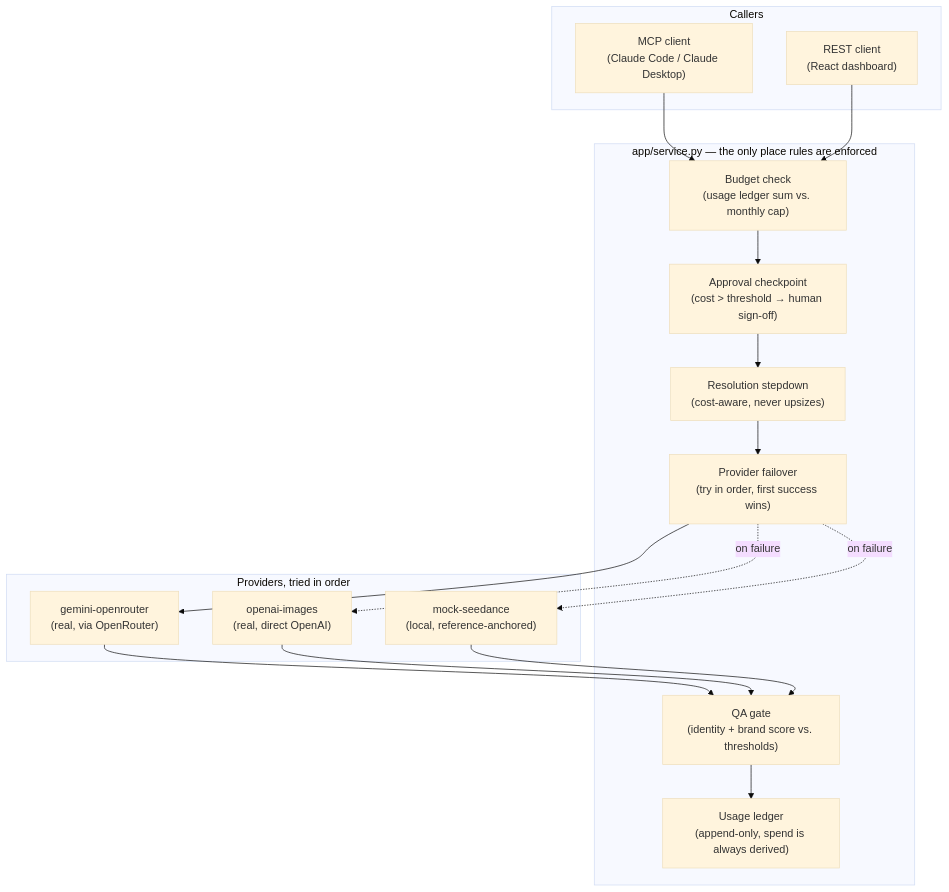
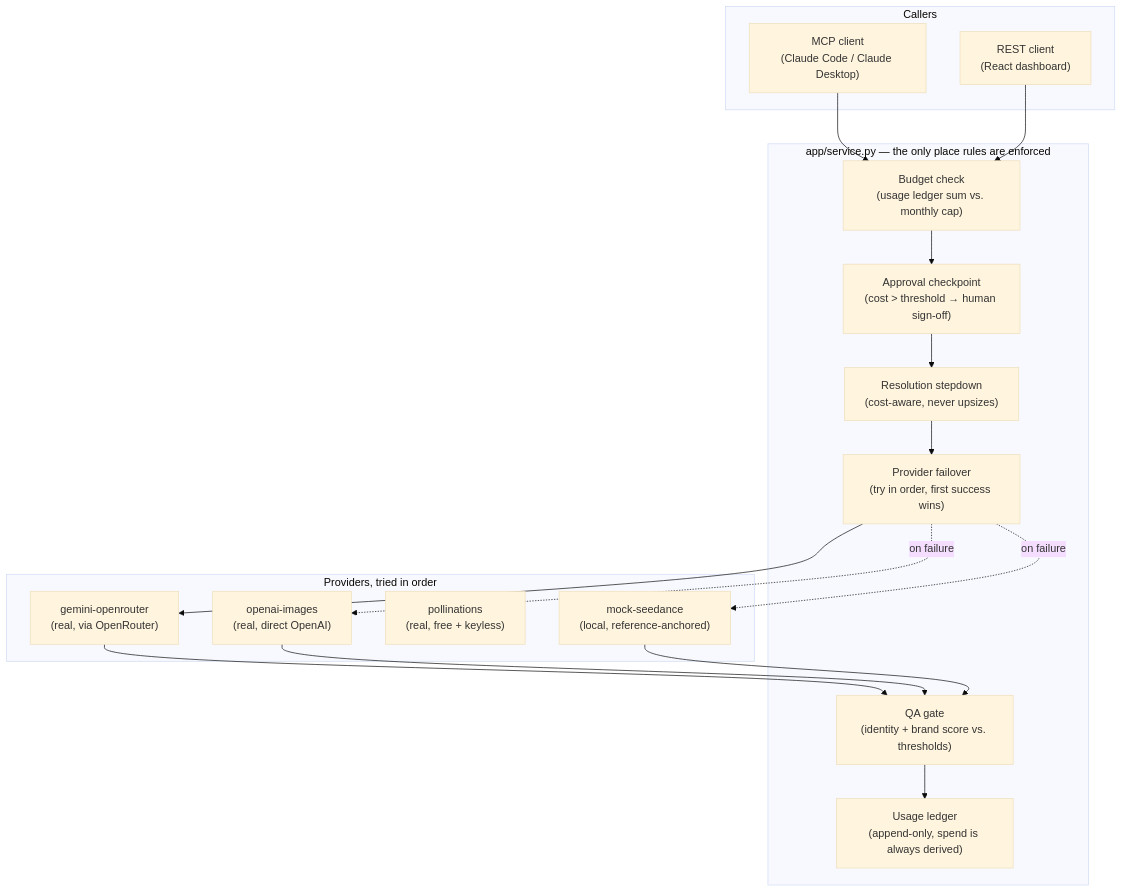
One commit to janivana23/mediaops-agent changed the diagram in README.md. Above: the diagram before and after it, drawn with Mermaid (base theme). The commit also changed other lines of this file and 11 other files, not shown here.

First line of the commit message:
Add keyless free provider so the demo reaches a real model

````diff
--- a/README.md
+++ b/README.md
@@ -32,33 +32,34 @@
 ```mermaid
 flowchart TB
     subgraph clients["Callers"]
         MCP["MCP client<br/>(Claude Code / Claude Desktop)"]
         REST["REST client<br/>(React dashboard)"]
     end
 
     subgraph core["app/service.py — the only place rules are enforced"]
         BUDGET["Budget check<br/>(usage ledger sum vs. monthly cap)"]
         APPROVAL["Approval checkpoint<br/>(cost &gt; threshold → human sign-off)"]
         RES["Resolution stepdown<br/>(cost-aware, never upsizes)"]
         FAILOVER["Provider failover<br/>(try in order, first success wins)"]
         QA["QA gate<br/>(identity + brand score vs. thresholds)"]
         LEDGER["Usage ledger<br/>(append-only, spend is always derived)"]
     end
 
     subgraph providers["Providers, tried in order"]
         GEMINI["gemini-openrouter<br/>(real, via OpenRouter)"]
         OPENAI["openai-images<br/>(real, direct OpenAI)"]
+        POLLI["pollinations<br/>(real, free + keyless)"]
         MOCK["mock-seedance<br/>(local, reference-anchored)"]
     end
 
     MCP --> BUDGET
     REST --> BUDGET
     BUDGET --> APPROVAL --> RES --> FAILOVER
     FAILOVER --> GEMINI
     FAILOVER -.on failure.-> OPENAI
     FAILOVER -.on failure.-> MOCK
     GEMINI --> QA
     OPENAI --> QA
     MOCK --> QA
     QA --> LEDGER
 ```
````
